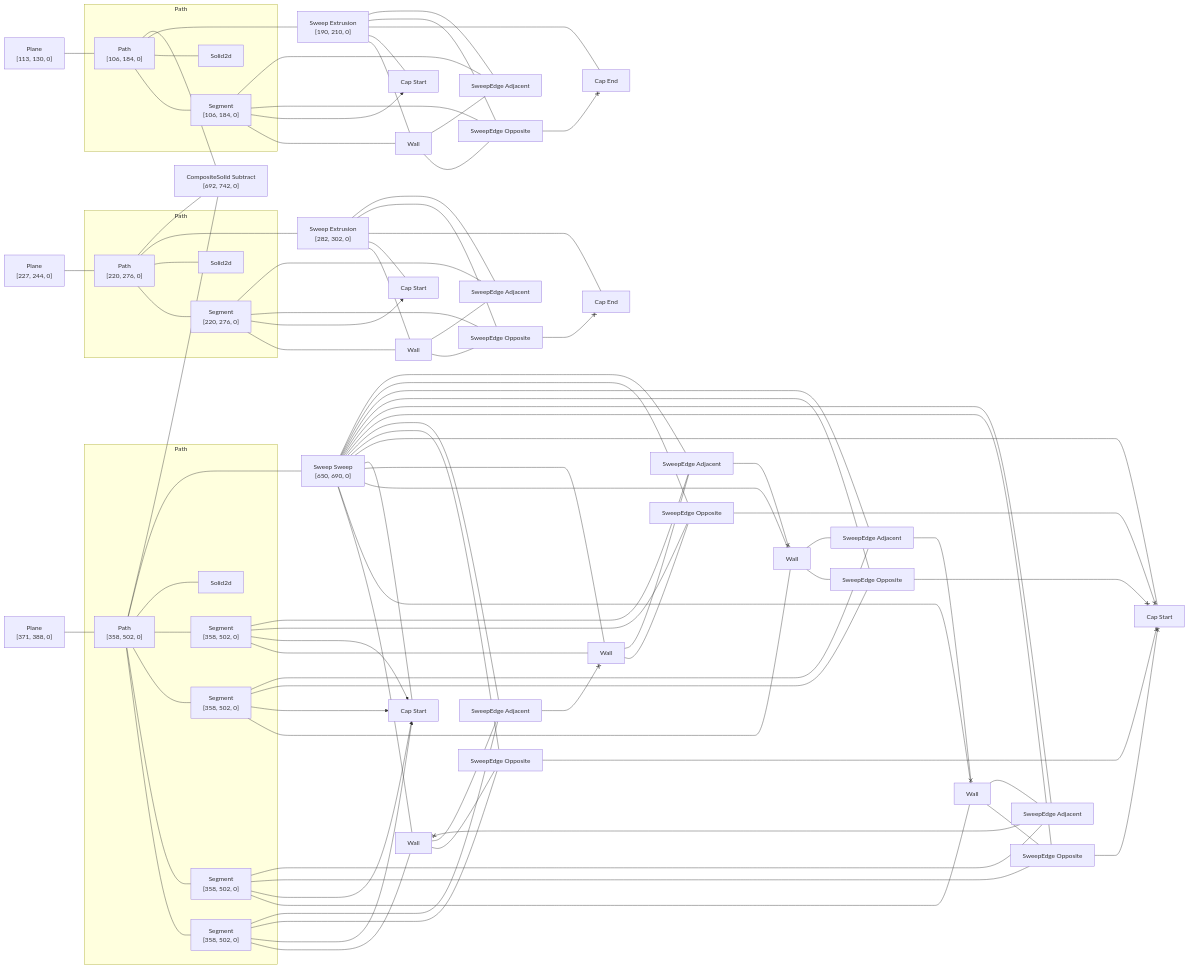
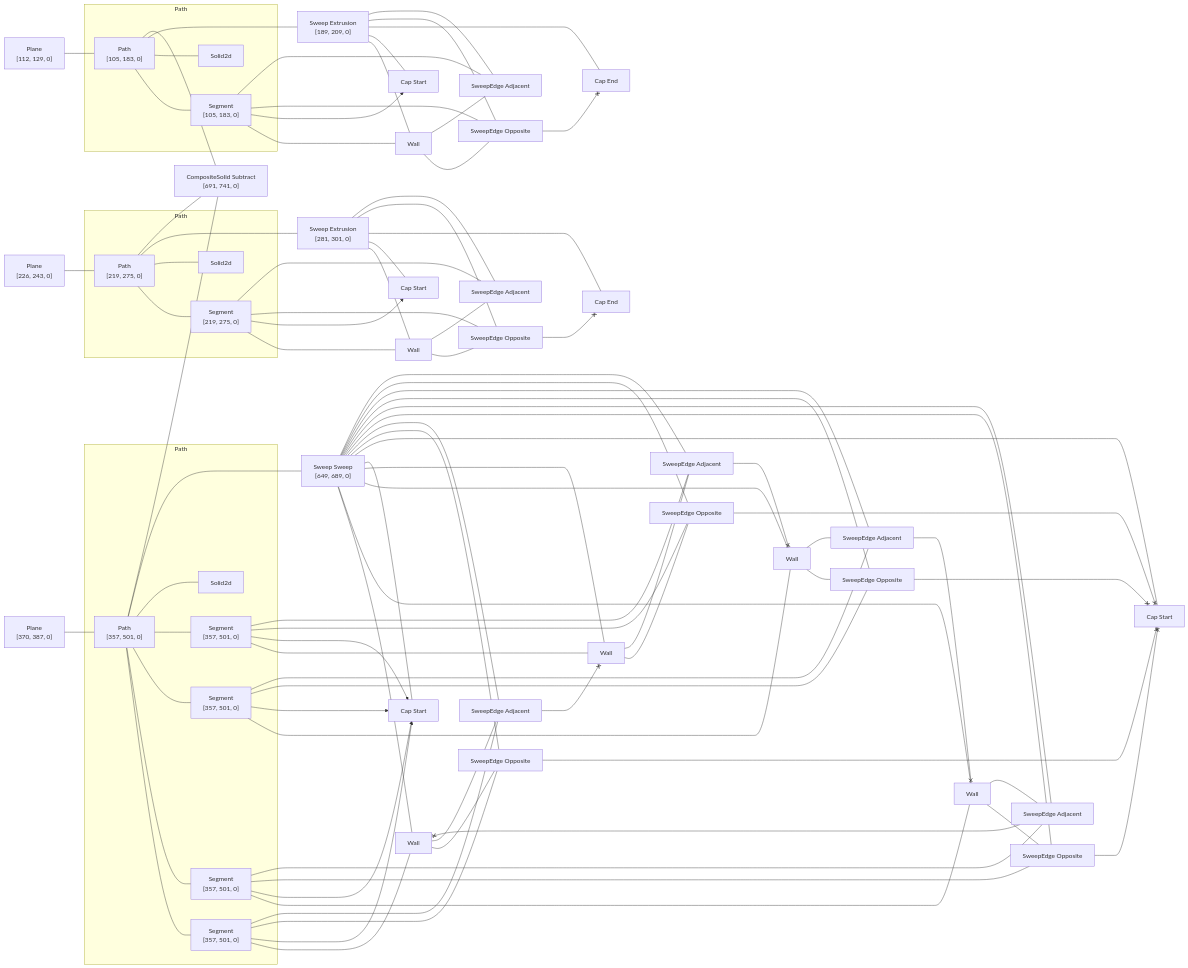
The diagram in rust/kcl-lib/tests/kcl_samples/inner-thread/artifact_graph_flowchart.snap.md (KittyCAD/modeling-app), drawn with Mermaid before and after one commit. The commit also changed 39 other files, not shown here.

````diff
--- a/rust/kcl-lib/tests/kcl_samples/inner-thread/artifact_graph_flowchart.snap.md
+++ b/rust/kcl-lib/tests/kcl_samples/inner-thread/artifact_graph_flowchart.snap.md
@@ -1,35 +1,35 @@
 ```mermaid
 flowchart LR
   subgraph path2 [Path]
-    2["Path<br>[106, 184, 0]"]
+    2["Path<br>[105, 183, 0]"]
       %% [ProgramBodyItem { index: 1 }, VariableDeclarationDeclaration, VariableDeclarationInit, PipeBodyItem { index: 0 }]
-    3["Segment<br>[106, 184, 0]"]
+    3["Segment<br>[105, 183, 0]"]
       %% [ProgramBodyItem { index: 1 }, VariableDeclarationDeclaration, VariableDeclarationInit, PipeBodyItem { index: 0 }]
     4[Solid2d]
   end
   subgraph path12 [Path]
-    12["Path<br>[220, 276, 0]"]
+    12["Path<br>[219, 275, 0]"]
       %% [ProgramBodyItem { index: 2 }, VariableDeclarationDeclaration, VariableDeclarationInit, PipeBodyItem { index: 0 }]
-    13["Segment<br>[220, 276, 0]"]
+    13["Segment<br>[219, 275, 0]"]
       %% [ProgramBodyItem { index: 2 }, VariableDeclarationDeclaration, VariableDeclarationInit, PipeBodyItem { index: 0 }]
     14[Solid2d]
   end
   subgraph path22 [Path]
-    22["Path<br>[358, 502, 0]"]
+    22["Path<br>[357, 501, 0]"]
       %% [ProgramBodyItem { index: 5 }, VariableDeclarationDeclaration, VariableDeclarationInit]
-    23["Segment<br>[358, 502, 0]"]
+    23["Segment<br>[357, 501, 0]"]
       %% [ProgramBodyItem { index: 5 }, VariableDeclarationDeclaration, VariableDeclarationInit]
-    24["Segment<br>[358, 502, 0]"]
+    24["Segment<br>[357, 501, 0]"]
       %% [ProgramBodyItem { index: 5 }, VariableDeclarationDeclaration, VariableDeclarationInit]
-    25["Segment<br>[358, 502, 0]"]
+    25["Segment<br>[357, 501, 0]"]
       %% [ProgramBodyItem { index: 5 }, VariableDeclarationDeclaration, VariableDeclarationInit]
-    26["Segment<br>[358, 502, 0]"]
+    26["Segment<br>[357, 501, 0]"]
       %% [ProgramBodyItem { index: 5 }, VariableDeclarationDeclaration, VariableDeclarationInit]
     27[Solid2d]
   end
-  1["Plane<br>[113, 130, 0]"]
+  1["Plane<br>[112, 129, 0]"]
     %% [ProgramBodyItem { index: 1 }, VariableDeclarationDeclaration, VariableDeclarationInit, PipeBodyItem { index: 0 }, CallKwUnlabeledArg]
-  5["Sweep Extrusion<br>[190, 210, 0]"]
+  5["Sweep Extrusion<br>[189, 209, 0]"]
     %% [ProgramBodyItem { index: 1 }, VariableDeclarationDeclaration, VariableDeclarationInit, PipeBodyItem { index: 1 }]
   6[Wall]
     %% face_code_ref=Missing NodePath
@@ -39,9 +39,9 @@
     %% face_code_ref=Missing NodePath
   9["SweepEdge Opposite"]
   10["SweepEdge Adjacent"]
-  11["Plane<br>[227, 244, 0]"]
+  11["Plane<br>[226, 243, 0]"]
     %% [ProgramBodyItem { index: 2 }, VariableDeclarationDeclaration, VariableDeclarationInit, PipeBodyItem { index: 0 }, CallKwUnlabeledArg]
-  15["Sweep Extrusion<br>[282, 302, 0]"]
+  15["Sweep Extrusion<br>[281, 301, 0]"]
     %% [ProgramBodyItem { index: 2 }, VariableDeclarationDeclaration, VariableDeclarationInit, PipeBodyItem { index: 1 }]
   16[Wall]
     %% face_code_ref=Missing NodePath
@@ -51,9 +51,9 @@
     %% face_code_ref=Missing NodePath
   19["SweepEdge Opposite"]
   20["SweepEdge Adjacent"]
-  21["Plane<br>[371, 388, 0]"]
+  21["Plane<br>[370, 387, 0]"]
     %% [ProgramBodyItem { index: 5 }, VariableDeclarationDeclaration, VariableDeclarationInit, CallKwUnlabeledArg]
-  28["Sweep Sweep<br>[650, 690, 0]"]
+  28["Sweep Sweep<br>[649, 689, 0]"]
     %% [ProgramBodyItem { index: 7 }, VariableDeclarationDeclaration, VariableDeclarationInit]
   29[Wall]
     %% face_code_ref=Missing NodePath
@@ -75,7 +75,7 @@
   40["SweepEdge Adjacent"]
   41["SweepEdge Opposite"]
   42["SweepEdge Adjacent"]
-  43["CompositeSolid Subtract<br>[692, 742, 0]"]
+  43["CompositeSolid Subtract<br>[691, 741, 0]"]
     %% [ProgramBodyItem { index: 8 }, ExpressionStatementExpr]
   1 --- 2
   2 --- 3
````
